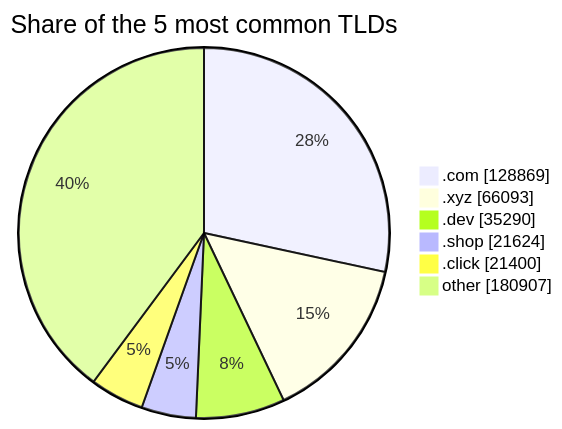
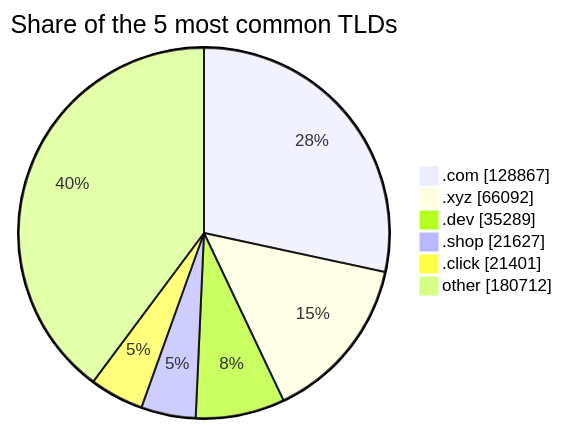
The third of 3 diagrams in README.md (DNSBunker/CTI), drawn with Mermaid before and after one commit. The commit also changed other lines of this file and 3 other files, not shown here.

````diff
--- a/README.md
+++ b/README.md
@@ -81,9 +81,9 @@
 ```mermaid
 pie showData title Share of the 5 most common TLDs
-    ".com" : 128869
-    ".xyz" : 66093
-    ".dev" : 35290
-    ".shop" : 21624
-    ".click" : 21400
-    "other" : 180907
+    ".com" : 128867
+    ".xyz" : 66092
+    ".dev" : 35289
+    ".shop" : 21627
+    ".click" : 21401
+    "other" : 180712
 ```
````
